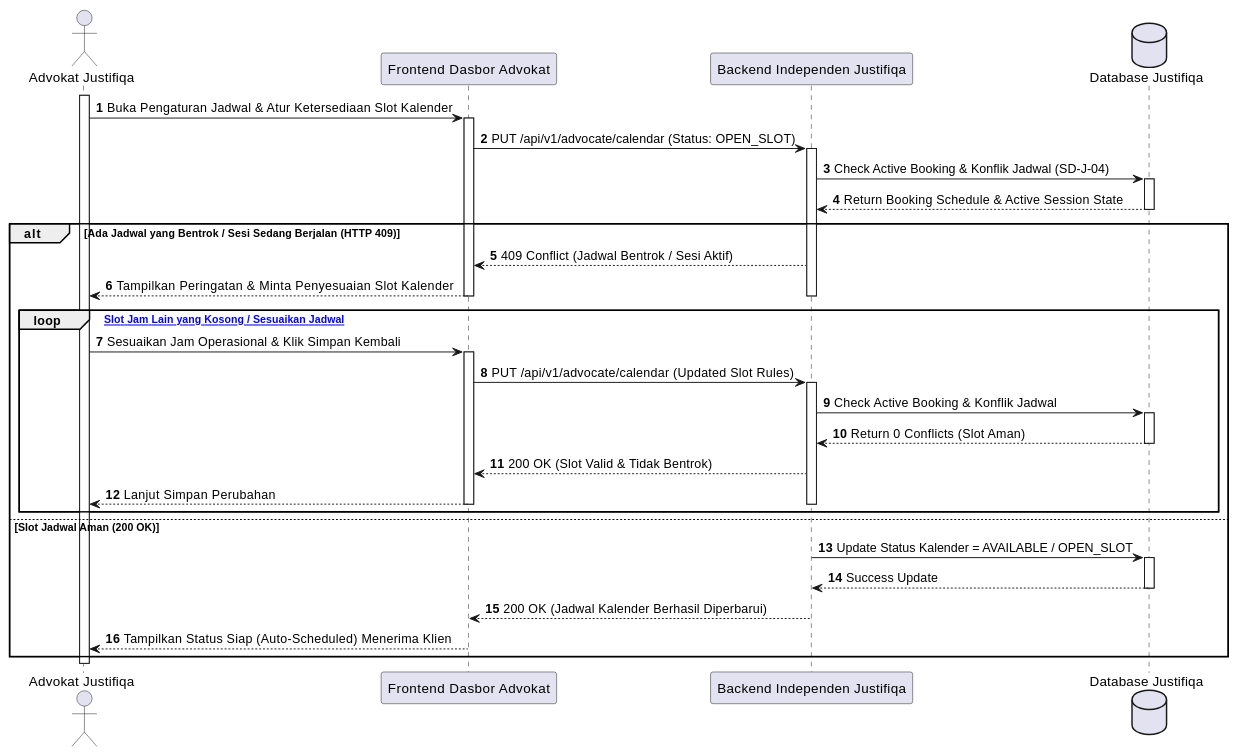
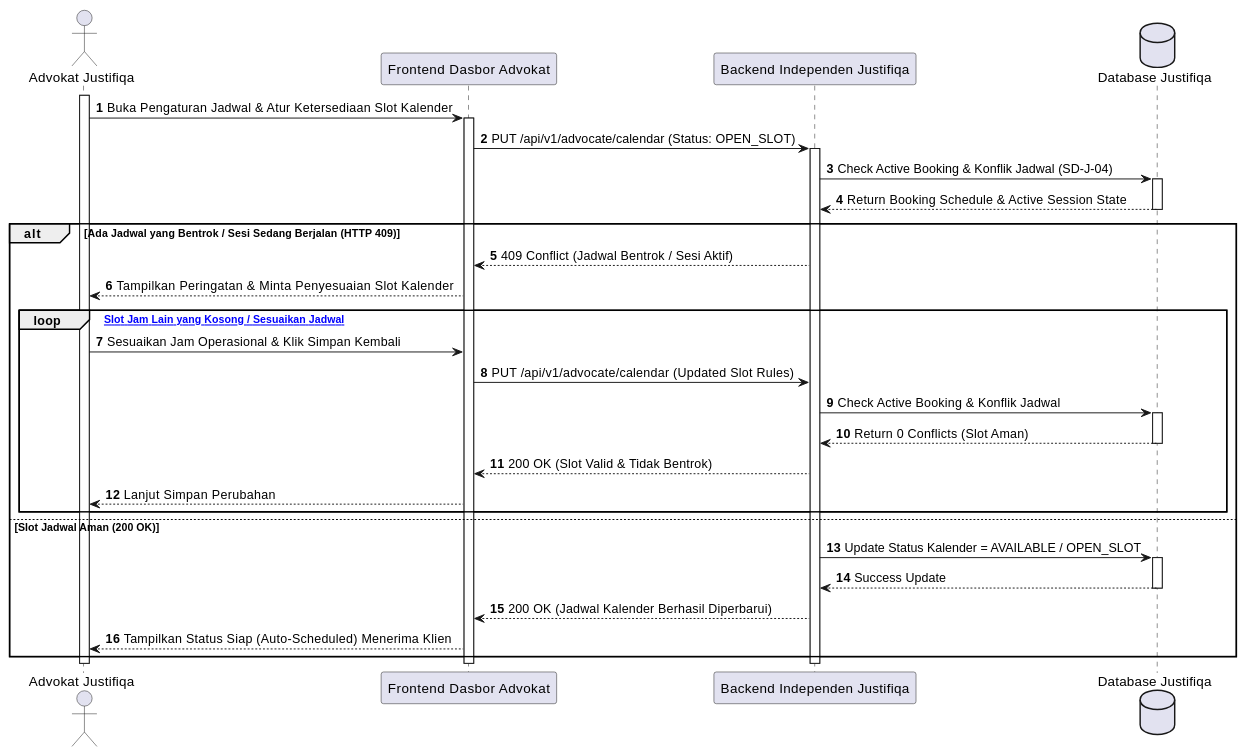
The fourth of 27 diagrams in MarkDown/plantuml_sequence_diagrams.md (tupperwureism/SuperApp-Gagal), drawn with PlantUML before and after one commit. The commit also changed other lines of this file and 3 other files, not shown here.

Commit message:
fix(uml): enforce Continuous Activation Rule across alt/else/loop branches in SD-J-01, SD-Q-01, SD-J-02, SD-Q-02, SD-J-04, SD-Q-04, and SD-J-07 by removing premature deactivations and standalone activates

````diff
--- a/MarkDown/plantuml_sequence_diagrams.md
+++ b/MarkDown/plantuml_sequence_diagrams.md
@@ -255,44 +237,38 @@
 ```plantuml
 @startuml
 autonumber
 actor "Advokat Justifiqa" as Mitra
 participant "Frontend Dasbor Advokat" as FE
 participant "Backend Independen Justifiqa" as BE
 database "Database Justifiqa" as DB
 
 activate Mitra
 Mitra -> FE ++ : Buka Pengaturan Jadwal & Atur Ketersediaan Slot Kalender
 FE -> BE ++ : PUT /api/v1/advocate/calendar (Status: OPEN_SLOT)
 
 BE -> DB ++ : Check Active Booking & Konflik Jadwal (SD-J-04)
 DB --> BE -- : Return Booking Schedule & Active Session State
 
 alt Ada Jadwal yang Bentrok / Sesi Sedang Berjalan (HTTP 409)
     BE --> FE : 409 Conflict (Jadwal Bentrok / Sesi Aktif)
     FE --> Mitra : Tampilkan Peringatan & Minta Penyesuaian Slot Kalender
-    deactivate BE
-    deactivate FE
     
     loop [Pilih Slot Jam Lain yang Kosong / Sesuaikan Jadwal]
-        Mitra -> FE ++ : Sesuaikan Jam Operasional & Klik Simpan Kembali
-        FE -> BE ++ : PUT /api/v1/advocate/calendar (Updated Slot Rules)
+        Mitra -> FE : Sesuaikan Jam Operasional & Klik Simpan Kembali
+        FE -> BE : PUT /api/v1/advocate/calendar (Updated Slot Rules)
         BE -> DB ++ : Check Active Booking & Konflik Jadwal
         DB --> BE -- : Return 0 Conflicts (Slot Aman)
         BE --> FE : 200 OK (Slot Valid & Tidak Bentrok)
         FE --> Mitra : Lanjut Simpan Perubahan
-        deactivate BE
-        deactivate FE
     end
 else Slot Jadwal Aman (200 OK)
-    activate BE
-    activate FE
     BE -> DB ++ : Update Status Kalender = AVAILABLE / OPEN_SLOT
     DB --> BE -- : Success Update
     BE --> FE : 200 OK (Jadwal Kalender Berhasil Diperbarui)
     FE --> Mitra : Tampilkan Status Siap (Auto-Scheduled) Menerima Klien
 end
 deactivate BE
 deactivate FE
 deactivate Mitra
 @enduml
 ```
````
